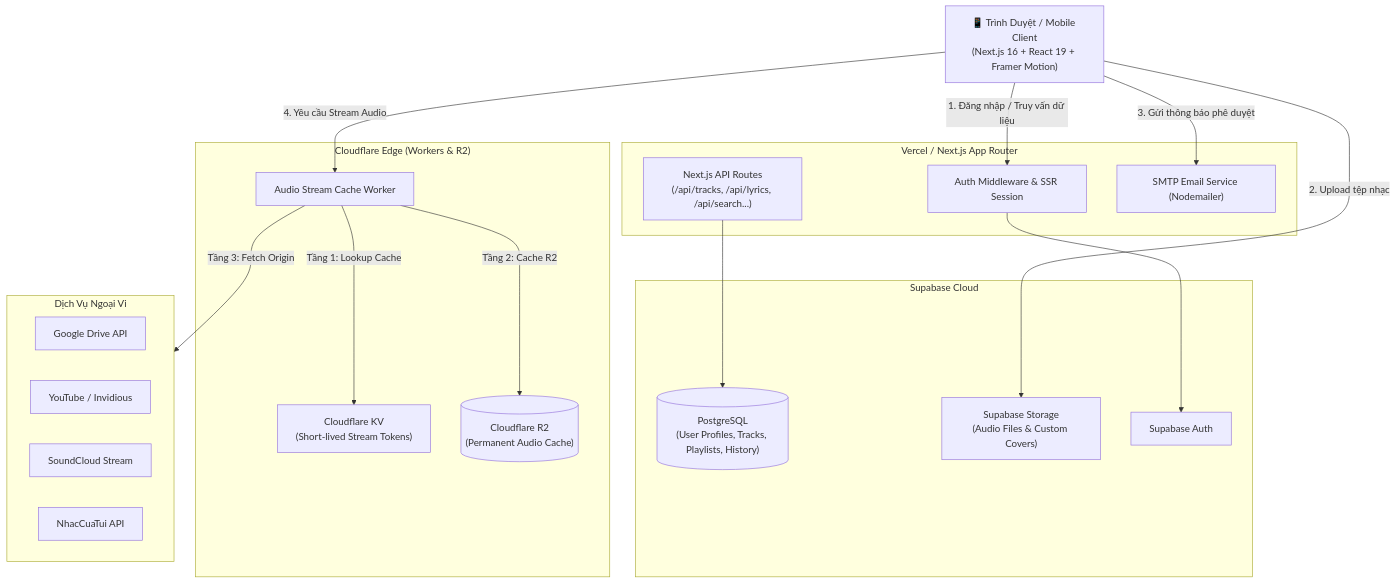
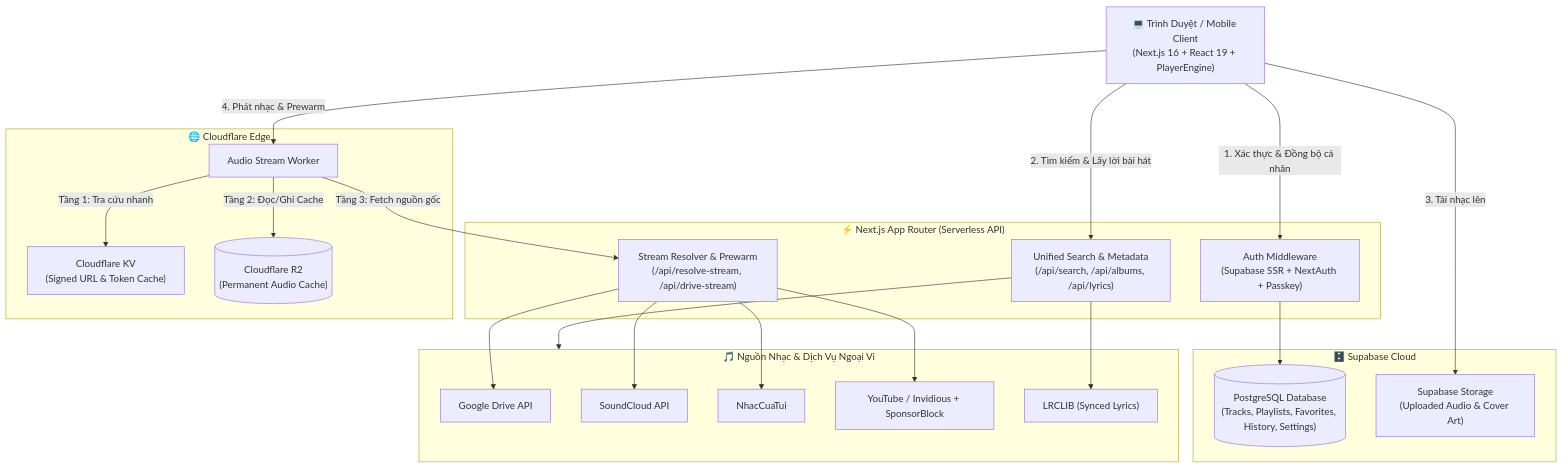
One commit to Agile4Life/MusicWeb changed the diagram in README.md. Above: the diagram before and after it, drawn with Mermaid. The commit also changed other lines of this file and 9 other files, not shown here.

````diff
--- a/README.md
+++ b/README.md
@@ -49,40 +106,41 @@
 ```mermaid
 flowchart TD
-    User["📱 Trình Duyệt / Mobile Client\n(Next.js 16 + React 19 + Framer Motion)"]
+    Client["💻 Trình Duyệt / Mobile Client\n(Next.js 16 + React 19 + PlayerEngine)"]
 
-    subgraph App_Server ["Vercel / Next.js App Router"]
-        API_Routes["Next.js API Routes\n(/api/tracks, /api/lyrics, /api/search...)"]
-        Auth_Middleware["Auth Middleware & SSR Session"]
-        SMTP_Service["SMTP Email Service (Nodemailer)"]
+    subgraph NextServer ["⚡ Next.js App Router (Serverless API)"]
+        Auth["Auth Middleware\n(Supabase SSR + NextAuth + Passkey)"]
+        SearchAPI["Unified Search & Metadata\n(/api/search, /api/albums, /api/lyrics)"]
+        StreamResolver["Stream Resolver & Prewarm\n(/api/resolve-stream, /api/drive-stream)"]
     end
 
-    subgraph Backend_Cloud ["Supabase Cloud"]
-        Postgres_DB[("PostgreSQL\n(User Profiles, Tracks, Playlists, History)")]
-        Supabase_Storage["Supabase Storage\n(Audio Files & Custom Covers)"]
-        Supabase_Auth["Supabase Auth"]
+    subgraph CloudBackend ["🗄️ Supabase Cloud"]
+        Postgres[("PostgreSQL Database\n(Tracks, Playlists, Favorites, History, Settings)")]
+        Storage["Supabase Storage\n(Uploaded Audio & Cover Art)"]
     end
 
-    subgraph Edge_Caching ["Cloudflare Edge (Workers & R2)"]
-        CF_Worker["Audio Stream Cache Worker"]
-        KV_Cache["Cloudflare KV\n(Short-lived Stream Tokens)"]
-        R2_Bucket[("Cloudflare R2\n(Permanent Audio Cache)")]
+    subgraph EdgeNetwork ["🌐 Cloudflare Edge"]
+        Worker["Audio Stream Worker"]
+        KV["Cloudflare KV\n(Signed URL & Token Cache)"]
+        R2[("Cloudflare R2\n(Permanent Audio Cache)")]
     end
 
-    subgraph External_Sources ["Dịch Vụ Ngoại Vi"]
-        GoogleDrive["Google Drive API"]
-        YouTube_API["YouTube / Invidious"]
-        SoundCloud_API["SoundCloud Stream"]
-        NCT_API["NhacCuaTui API"]
+    subgraph ExternalProviders ["🎵 Nguồn Nhạc & Dịch Vụ Ngoại Vi"]
+        GDrive["Google Drive API"]
+        SC["SoundCloud API"]
+        NCT["NhacCuaTui"]
+        YT["YouTube / Invidious + SponsorBlock"]
+        LRCLIB["LRCLIB (Synced Lyrics)"]
     end
 
-    User -->|"1. Đăng nhập / Truy vấn dữ liệu"| Auth_Middleware
-    Auth_Middleware --> Supabase_Auth
-    API_Routes --> Postgres_DB
-    User -->|"2. Upload tệp nhạc"| Supabase_Storage
-    User -->|"3. Gửi thông báo phê duyệt"| SMTP_Service
-
-    User -->|"4. Yêu cầu Stream Audio"| CF_Worker
-    CF_Worker -->|"Tầng 1: Lookup Cache"| KV_Cache
-    CF_Worker -->|"Tầng 2: Cache R2"| R2_Bucket
-    CF_Worker -->|"Tầng 3: Fetch Origin"| External_Sources
+    Client -->|"1. Xác thực & Đồng bộ cá nhân"| Auth
+    Auth --> Postgres
+    Client -->|"2. Tìm kiếm & Lấy lời bài hát"| SearchAPI
+    SearchAPI --> LRCLIB
+    SearchAPI --> ExternalProviders
+    Client -->|"3. Tải nhạc lên"| Storage
+    Client -->|"4. Phát nhạc & Prewarm"| Worker
+    Worker -->|"Tầng 1: Tra cứu nhanh"| KV
+    Worker -->|"Tầng 2: Đọc/Ghi Cache"| R2
+    Worker -->|"Tầng 3: Fetch nguồn gốc"| StreamResolver
+    StreamResolver --> GDrive & SC & NCT & YT
 ```
````
